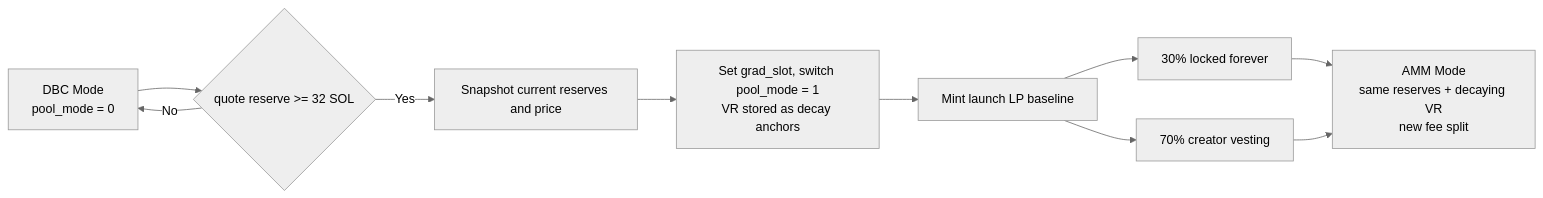
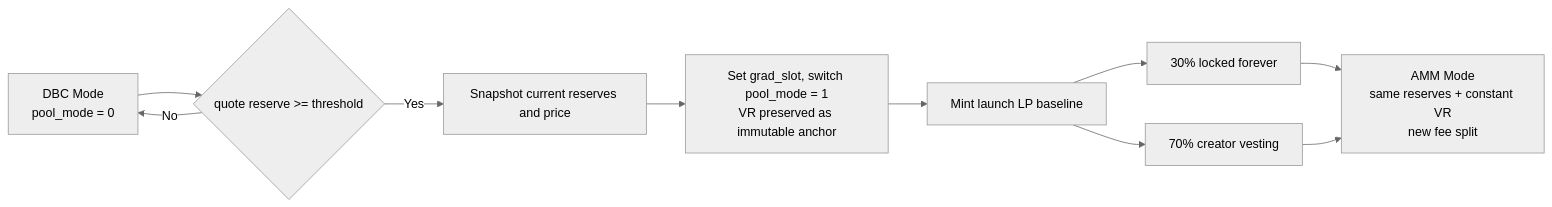
Before and after one commit to YeetLaunch/docs: the third of 7 diagrams in docs/YEETLAUNCH_POWERED_BY_YEETAMM_WHITEPAPER.md, drawn with Mermaid (neutral theme). The commit also changed other lines of this file and 4 other files, not shown here.

Commit message:
Whitepaper v1.7.2 replaces v1.4; routing guide v3 (side orientation, no decay, 10-day vesting, threshold cohorts)

````diff
--- a/docs/YEETLAUNCH_POWERED_BY_YEETAMM_WHITEPAPER.md
+++ b/docs/YEETLAUNCH_POWERED_BY_YEETAMM_WHITEPAPER.md
@@ -328,12 +360,12 @@
 ```mermaid
 flowchart LR
-    DBC[DBC Mode<br/>pool_mode = 0] --> T{quote reserve >= 32 SOL}
+    DBC[DBC Mode<br/>pool_mode = 0] --> T{quote reserve >= threshold}
     T -->|No| DBC
     T -->|Yes| SNAP[Snapshot current reserves and price]
-    SNAP --> FLIP[Set grad_slot, switch pool_mode = 1<br/>VR stored as decay anchors]
+    SNAP --> FLIP[Set grad_slot, switch pool_mode = 1<br/>VR preserved as immutable anchor]
     FLIP --> LP[Mint launch LP baseline]
     LP --> LOCK[30% locked forever]
     LP --> VEST[70% creator vesting]
-    LOCK --> AMM[AMM Mode<br/>same reserves + decaying VR<br/>new fee split]
+    LOCK --> AMM[AMM Mode<br/>same reserves + constant VR<br/>new fee split]
     VEST --> AMM
 ```
````
